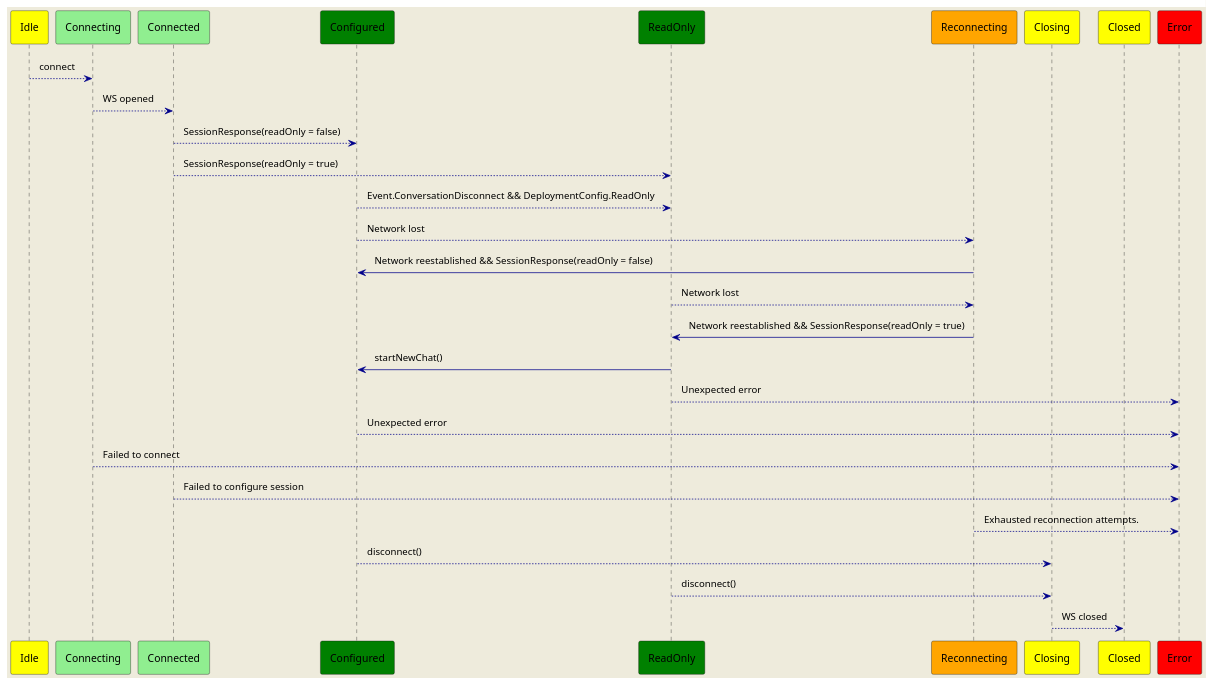
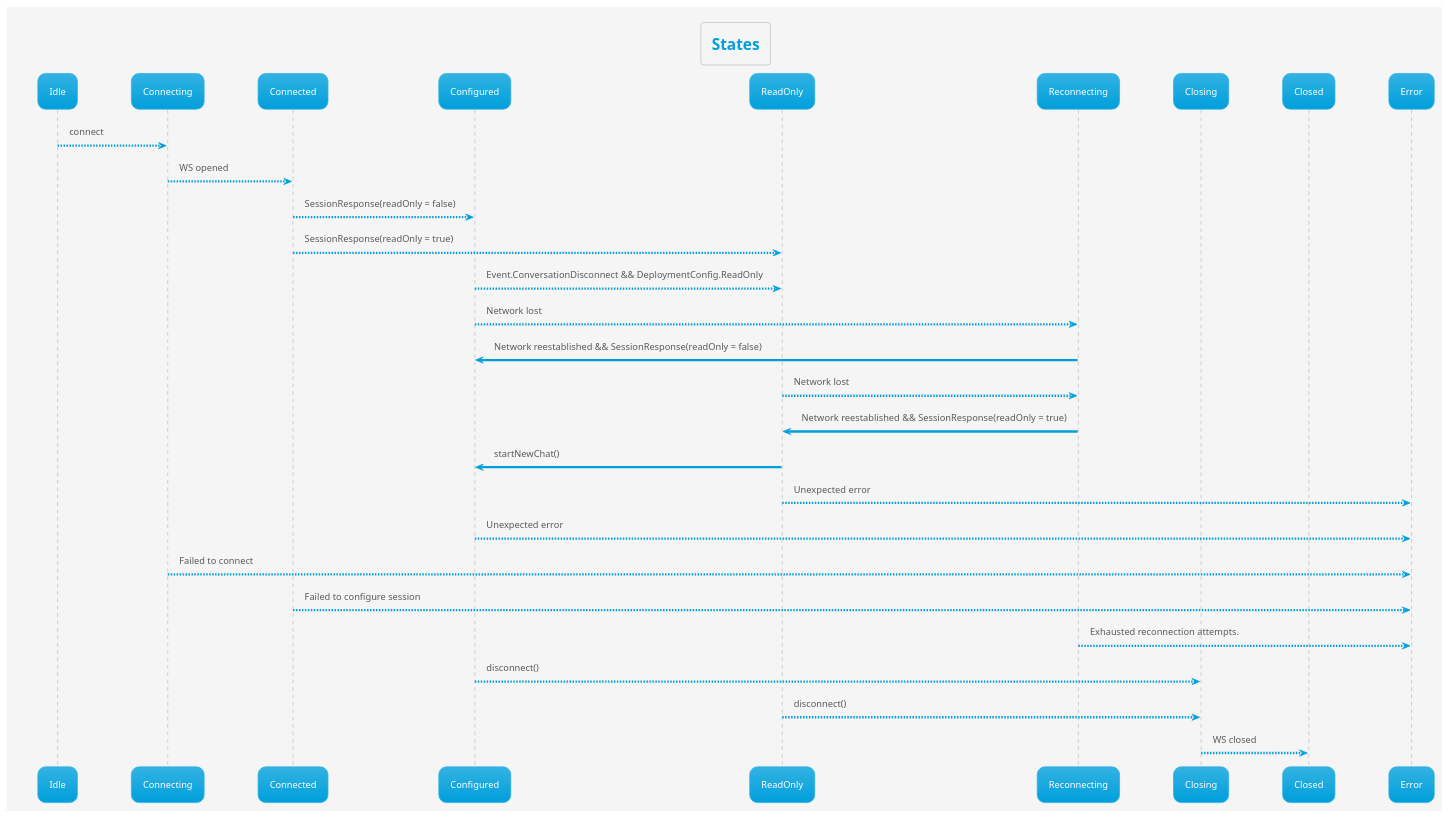
The diagram in transport/uml/state/states.puml (MyPureCloud/genesys-messenger-transport-mobile-sdk), drawn with PlantUML before and after one commit. The commit also changed 11 other files, not shown here.

First line of the commit message:
MTSDK-223 Align Diagram Themes (#211)

```diff
--- a/transport/uml/state/states.puml
+++ b/transport/uml/state/states.puml
@@ -1,40 +1,39 @@
 @startuml
-skinparam {
-        ArrowColor darkBlue
-        backgroundColor #EEEBDC
-        NoteBackgroundColor #lightyellow
-        NoteBorderColor gray
-        sequenceGroupHeaderFontColor midnightblue
-        padding 6
-}
+'https://plantuml.com/sequence-diagram
 
-participant Idle #yellow
-participant Connecting #lightGreen
-participant Connected #lightGreen
-participant Configured #green
-participant ReadOnly #green
-participant Reconnecting #orange
-participant Closing #yellow
-participant Closed #yellow
-participant Error #red
+!theme bluegray
+!pragma teoz true
+
+skinparam backgroundColor #whitesmoke
+title States
+
+participant Idle
+participant Connecting
+participant Connected
+participant Configured
+participant ReadOnly
+participant Reconnecting
+participant Closing
+participant Closed
+participant Error
 
 Idle --> Connecting : connect
 Connecting --> Connected : WS opened
 Connected --> Configured : SessionResponse(readOnly = false)
 Connected --> ReadOnly : SessionResponse(readOnly = true)
 Configured --> ReadOnly : Event.ConversationDisconnect && DeploymentConfig.ReadOnly
 Configured --> Reconnecting : Network lost
 Reconnecting -> Configured : Network reestablished && SessionResponse(readOnly = false)
 ReadOnly --> Reconnecting : Network lost
 Reconnecting -> ReadOnly : Network reestablished && SessionResponse(readOnly = true)
 ReadOnly -> Configured : startNewChat()
 ReadOnly --> Error : Unexpected error
 Configured --> Error : Unexpected error
 Connecting --> Error : Failed to connect
 Connected --> Error : Failed to configure session
 Reconnecting --> Error : Exhausted reconnection attempts.
 Configured --> Closing : disconnect()
 ReadOnly --> Closing : disconnect()
 Closing --> Closed : WS closed
 
 @enduml
```
